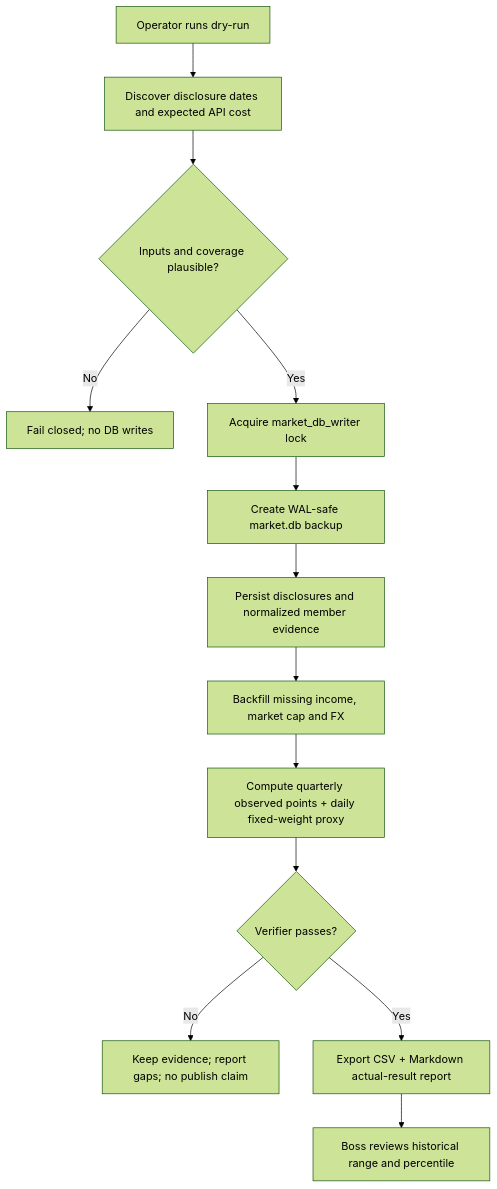
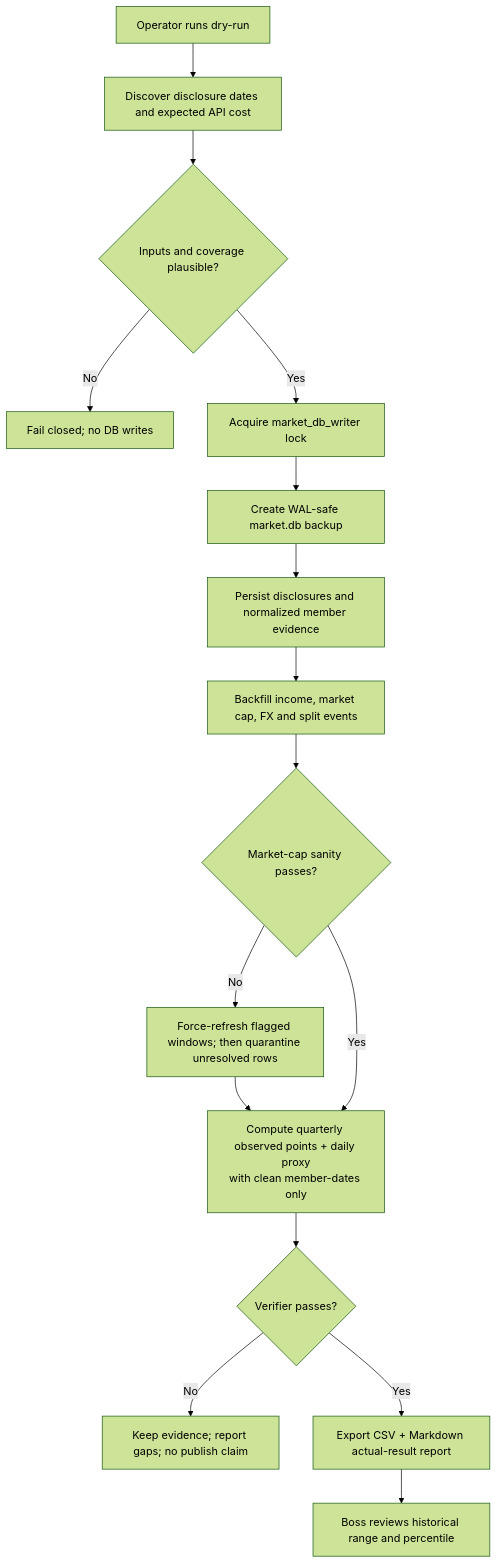
The second of 2 diagrams in docs/plans/2026-07-14-soxx-historical-ttm-pe.md (owenliang60-ship-it/finance), drawn with Mermaid (forest theme) before and after one commit. The commit also changed other lines of this file and 1 other file, not shown here.

````diff
--- a/docs/plans/2026-07-14-soxx-historical-ttm-pe.md
+++ b/docs/plans/2026-07-14-soxx-historical-ttm-pe.md
@@ -91,15 +96,18 @@
 ```mermaid
 flowchart TD
     A["Operator runs dry-run"] --> B["Discover disclosure dates and expected API cost"]
     B --> C{"Inputs and coverage plausible?"}
     C -- No --> X["Fail closed; no DB writes"]
     C -- Yes --> D["Acquire market_db_writer lock"]
     D --> E["Create WAL-safe market.db backup"]
     E --> F["Persist disclosures and normalized member evidence"]
-    F --> G["Backfill missing income, market cap and FX"]
-    G --> H["Compute quarterly observed points + daily fixed-weight proxy"]
+    F --> G["Backfill income, market cap, FX and split events"]
+    G --> G2{"Market-cap sanity passes?"}
+    G2 -- No --> G3["Force-refresh flagged windows; then quarantine unresolved rows"]
+    G3 --> H["Compute quarterly observed points + daily proxy<br/>with clean member-dates only"]
+    G2 -- Yes --> H
     H --> I{"Verifier passes?"}
     I -- No --> Y["Keep evidence; report gaps; no publish claim"]
     I -- Yes --> J["Export CSV + Markdown actual-result report"]
     J --> K["Boss reviews historical range and percentile"]
 ```
````
